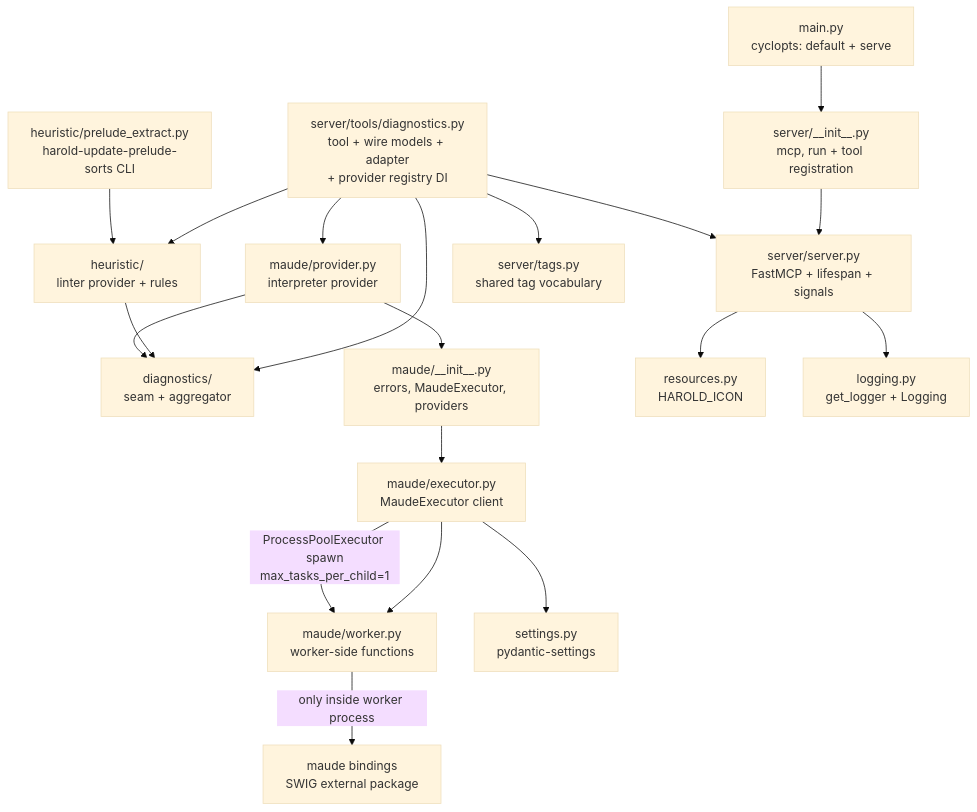
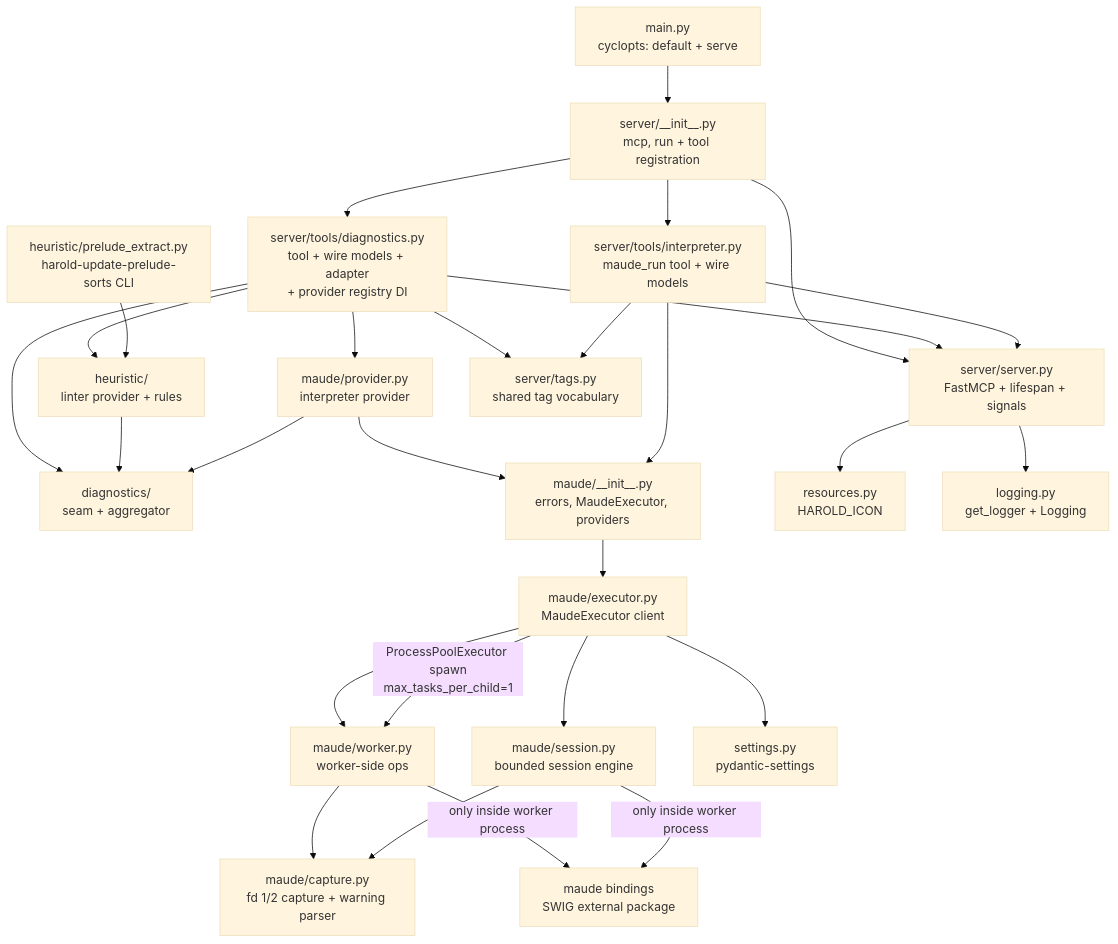
The first of 2 diagrams in harold-mcp/.agents/summary/architecture.md (demiourgoi/Harold), drawn with Mermaid (base theme) before and after one commit. The commit also changed other lines of this file and 9 other files, not shown here.

````diff
--- a/harold-mcp/.agents/summary/architecture.md
+++ b/harold-mcp/.agents/summary/architecture.md
@@ -34,22 +40,32 @@
 ```mermaid
 graph TB
     main[main.py<br>cyclopts: default + serve] --> serverpkg[server/__init__.py<br>mcp, run + tool registration]
     serverpkg --> serversrv[server/server.py<br>FastMCP + lifespan + signals]
     tools[server/tools/diagnostics.py<br>tool + wire models + adapter<br>+ provider registry DI]
+    ertool[server/tools/interpreter.py<br>maude_run tool + wire models]
+    serverpkg --> tools
+    serverpkg --> ertool
     tools --> diagpkg[diagnostics/<br>seam + aggregator]
     tools --> heurpkg[heuristic/<br>linter provider + rules]
     tools --> maudeprov[maude/provider.py<br>interpreter provider]
     tools --> serversrv
+    ertool --> serversrv
     tools --> tags[server/tags.py<br>shared tag vocabulary]
+    ertool --> tags
     heurpkg --> diagpkg
     maudeprov --> diagpkg
     maudeprov --> maudepkg[maude/__init__.py<br>errors, MaudeExecutor, providers]
+    ertool --> maudepkg
     maudepkg --> executor[maude/executor.py<br>MaudeExecutor client]
-    executor --> worker[maude/worker.py<br>worker-side functions]
+    executor --> worker[maude/worker.py<br>worker-side ops]
+    executor --> session[maude/session.py<br>bounded session engine]
+    worker --> capture[maude/capture.py<br>fd 1/2 capture + warning parser]
+    session --> capture
     executor --> settings[settings.py<br>pydantic-settings]
     worker -->|only inside worker process| bindings[maude bindings<br>SWIG external package]
+    session -->|only inside worker process| bindings
     executor -->|ProcessPoolExecutor spawn<br>max_tasks_per_child=1| worker
     cli[heuristic/prelude_extract.py<br>harold-update-prelude-sorts CLI] --> heurpkg
     serversrv --> resources[resources.py<br>HAROLD_ICON]
     serversrv --> logging[logging.py<br>get_logger + Logging]
 ```
````
